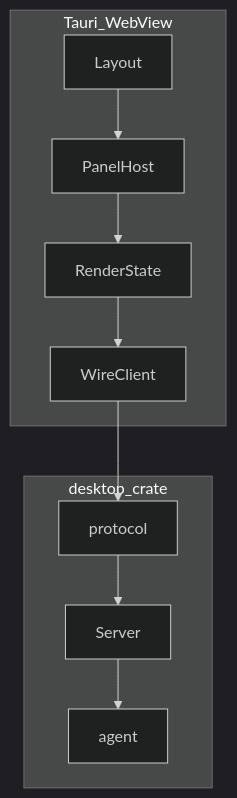
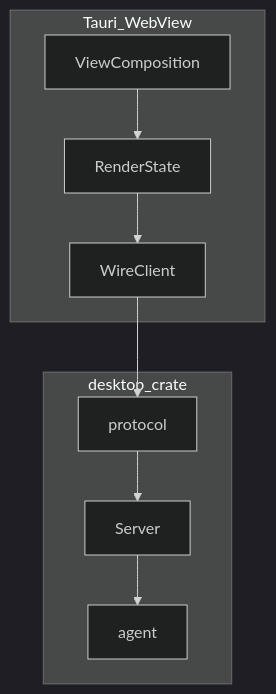
One commit to chendpoc/moontide changed the diagram in crates/docs/desktop-stack-simplification-refactor.md. Above: the diagram before and after it, drawn with Mermaid (dark theme). The commit also changed other lines of this file and 104 other files, not shown here.

````diff
--- a/crates/docs/desktop-stack-simplification-refactor.md
+++ b/crates/docs/desktop-stack-simplification-refactor.md
@@ -28,15 +31,14 @@
 ```mermaid
 flowchart TB
   subgraph ui [Tauri_WebView]
-    Layout --> PanelHost
-    PanelHost --> RenderState
+    ViewComposition --> RenderState
     RenderState --> WireClient
   end
   subgraph server [desktop_crate]
     WireMod["protocol"]
     ServerCore["Server"]
     WireClient --> WireMod
     WireMod --> ServerCore
     ServerCore --> AgentCrate["agent"]
   end
 ```
````
